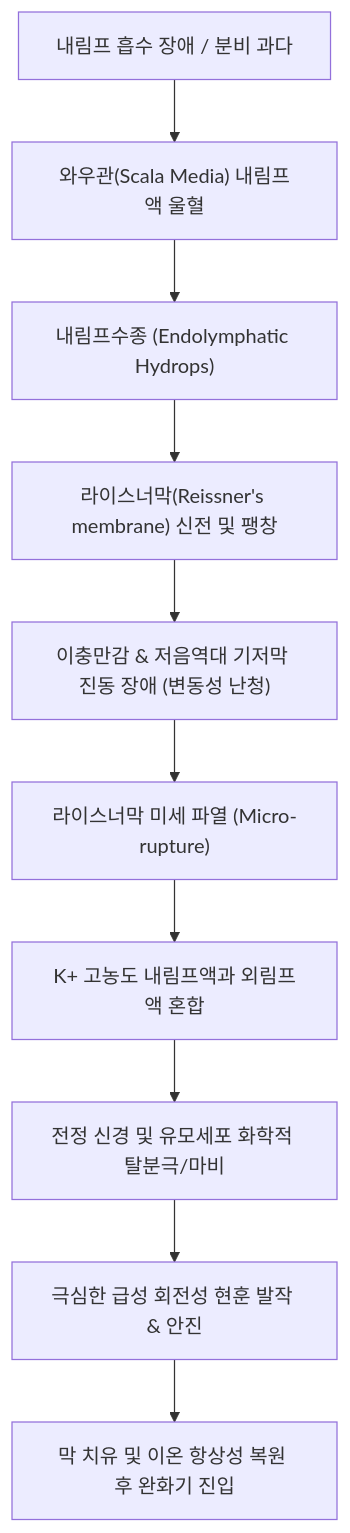
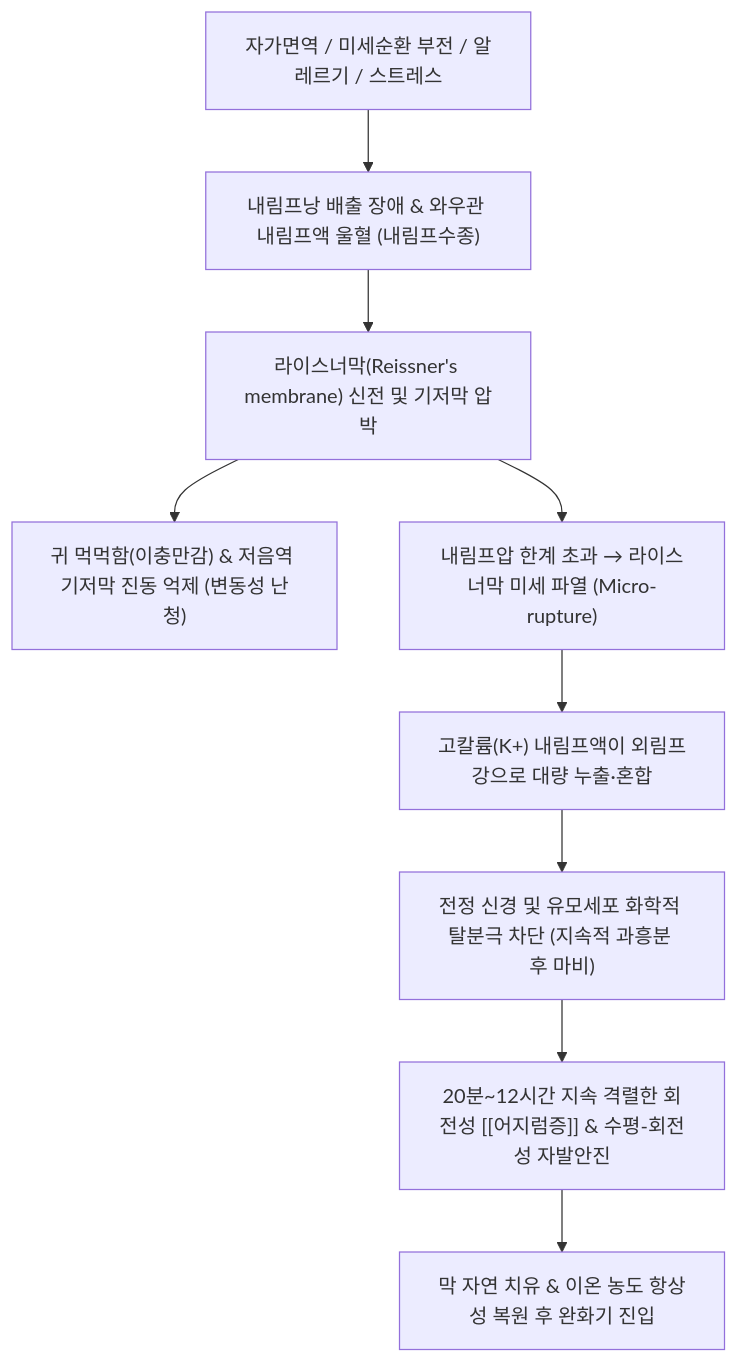
One commit to simbio11/simbio-digital-garden2 changed the diagram in content/3. 이론 공부/질환/이비인후·안과 질환/메니에르병.md. Above: the diagram before and after it, drawn with Mermaid. The commit also changed other lines of this file and 70 other files, not shown here.

````diff
--- a/content/3. 이론 공부/질환/이비인후·안과 질환/메니에르병.md
+++ b/content/3. 이론 공부/질환/이비인후·안과 질환/메니에르병.md
@@ -53,12 +60,13 @@
 ```mermaid
 graph TD
-    A["내림프 흡수 장애 / 분비 과다"] --> B["와우관(Scala Media) 내림프액 울혈"]
-    B --> C["내림프수종 (Endolymphatic Hydrops)"]
-    C --> D["라이스너막(Reissner's membrane) 신전 및 팽창"]
-    D --> E["이충만감 & 저음역대 기저막 진동 장애 (변동성 난청)"]
-    E --> F["라이스너막 미세 파열 (Micro-rupture)"]
-    F --> G["K+ 고농도 내림프액과 외림프액 혼합"]
-    G --> H["전정 신경 및 유모세포 화학적 탈분극/마비"]
-    H --> I["극심한 급성 회전성 현훈 발작 & 안진"]
-    I --> J["막 치유 및 이온 항상성 복원 후 완화기 진입"]
+    Trigger["자가면역 / 미세순환 부전 / 알레르기 / 스트레스"] --> Hydrops["내림프낭 배출 장애 & 와우관 내림프액 울혈 (내림프수종)"]
+    Hydrops --> MembraneStretch["라이스너막(Reissner's membrane) 신전 및 기저막 압박"]
+    MembraneStretch --> FullnessAura["귀 먹먹함(이충만감) & 저음역 기저막 진동 억제 (변동성 난청)"]
+    
+    MembraneStretch --> MembraneRupture["내림프압 한계 초과 → 라이스너막 미세 파열 (Micro-rupture)"]
+    MembraneRupture --> FluidMix["고칼륨(K+) 내림프액이 외림프강으로 대량 누출·혼합"]
+    FluidMix --> Depolarization["전정 신경 및 유모세포 화학적 탈분극 차단 (지속적 과흥분 후 마비)"]
+    
+    Depolarization --> VertigoAttack["20분~12시간 지속 격렬한 회전성 [[어지럼증]] & 수평-회전성 자발안진"]
+    VertigoAttack --> Healing["막 자연 치유 & 이온 농도 항상성 복원 후 완화기 진입"]
 ```
````
